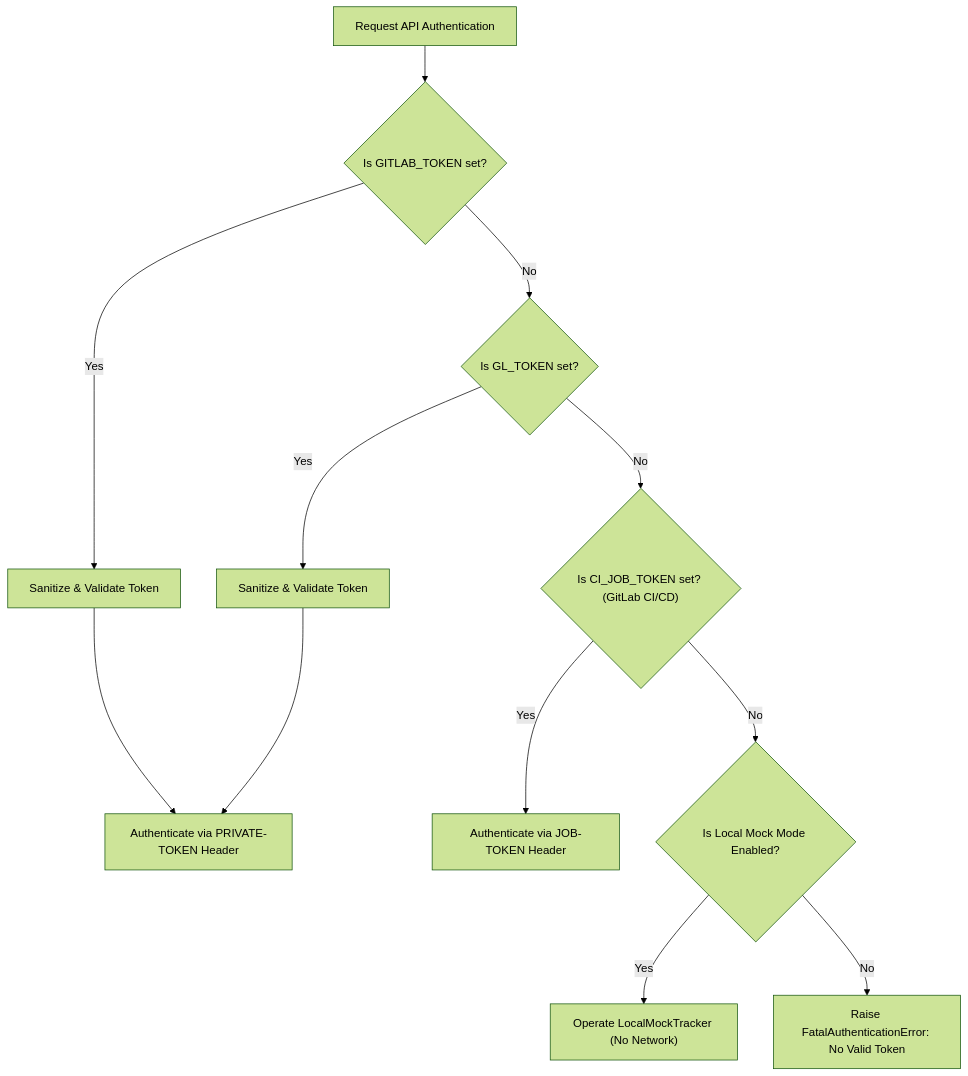
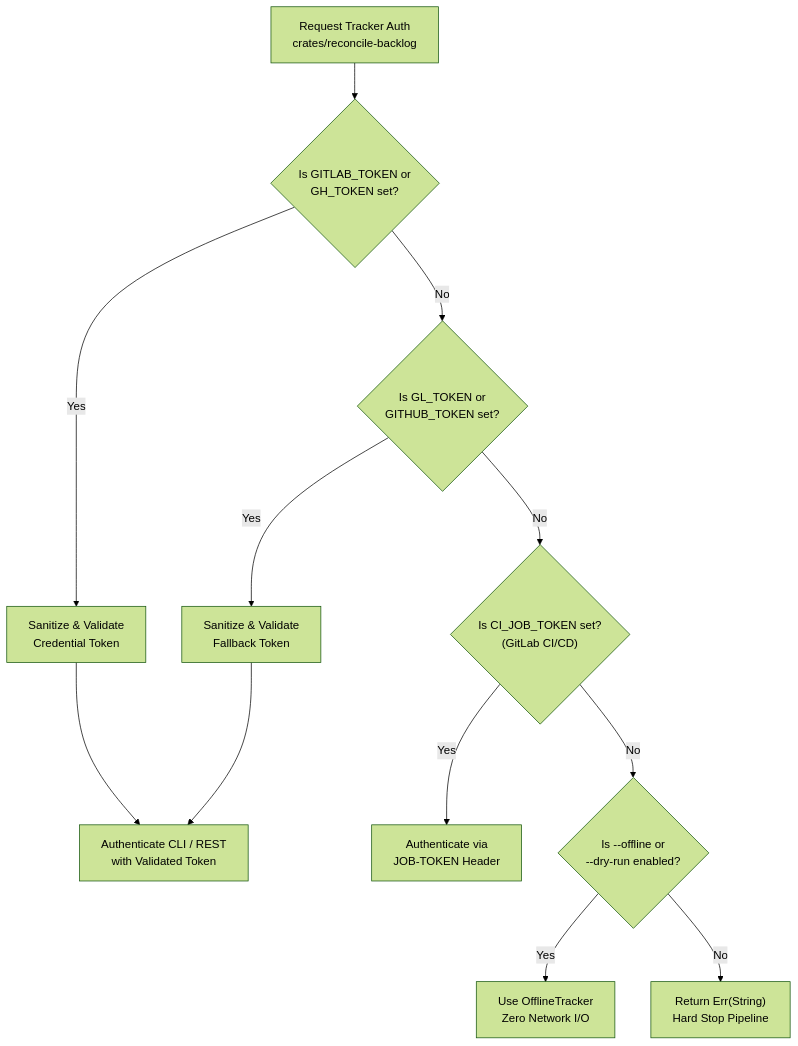
The tenth of 19 diagrams in docs/architecture/blueprints/MULTI_PROVIDER_GITLAB_INFRASTRUCTURE_ARCHITECTURE.md (gintatkinson/DEAP01-spec-core), drawn with Mermaid (forest theme) before and after one commit. The commit also changed other lines of this file and 28 other files, not shown here.

````diff
--- a/docs/architecture/blueprints/MULTI_PROVIDER_GITLAB_INFRASTRUCTURE_ARCHITECTURE.md
+++ b/docs/architecture/blueprints/MULTI_PROVIDER_GITLAB_INFRASTRUCTURE_ARCHITECTURE.md
@@ -782,15 +715,15 @@
 ```mermaid
 flowchart TD
-    Start["Request API Authentication"] --> C1{"Is GITLAB_TOKEN set?"}
-    C1 -->|Yes| Sanitized1["Sanitize & Validate Token"]
-    C1 -->|No| C2{"Is GL_TOKEN set?"}
-    C2 -->|Yes| Sanitized2["Sanitize & Validate Token"]
-    C2 -->|No| C3{"Is CI_JOB_TOKEN set? (GitLab CI/CD)"}
-    C3 -->|Yes| Header_JobToken["Authenticate via JOB-TOKEN Header"]
-    C3 -->|No| C4{"Is Local Mock Mode Enabled?"}
-    C4 -->|Yes| Use_Mock["Operate LocalMockTracker (No Network)"]
-    C4 -->|No| Fatal_Auth["Raise FatalAuthenticationError: No Valid Token"]
+    Start["Request Tracker Auth<br/>crates/reconcile-backlog"] --> C1{"Is GITLAB_TOKEN or<br/>GH_TOKEN set?"}
+    C1 -->|Yes| Sanitized1["Sanitize & Validate<br/>Credential Token"]
+    C1 -->|No| C2{"Is GL_TOKEN or<br/>GITHUB_TOKEN set?"}
+    C2 -->|Yes| Sanitized2["Sanitize & Validate<br/>Fallback Token"]
+    C2 -->|No| C3{"Is CI_JOB_TOKEN set?<br/>(GitLab CI/CD)"}
+    C3 -->|Yes| Header_JobToken["Authenticate via<br/>JOB-TOKEN Header"]
+    C3 -->|No| C4{"Is --offline or<br/>--dry-run enabled?"}
+    C4 -->|Yes| Use_Mock["Use OfflineTracker<br/>Zero Network I/O"]
+    C4 -->|No| Fatal_Auth["Return Err(String)<br/>Hard Stop Pipeline"]
 
-    Sanitized1 --> Header_PrivateToken["Authenticate via PRIVATE-TOKEN Header"]
+    Sanitized1 --> Header_PrivateToken["Authenticate CLI / REST<br/>with Validated Token"]
     Sanitized2 --> Header_PrivateToken
 ```
````
